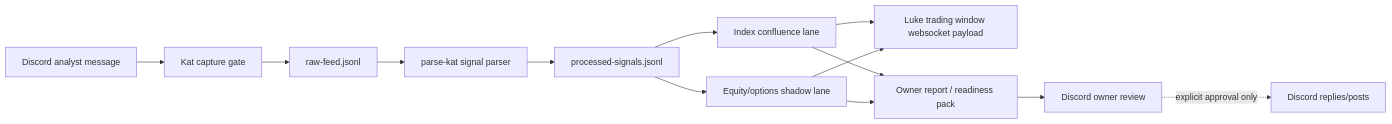
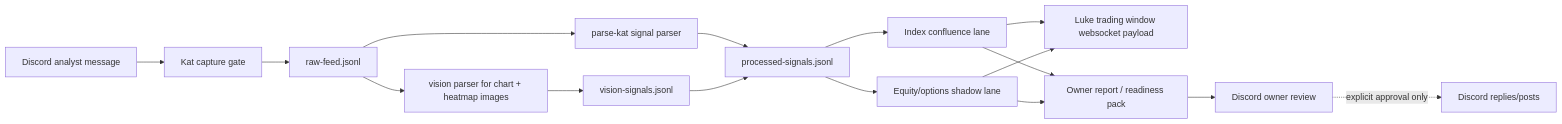
The first of 2 diagrams in reports/katbot-owner-proof/katbot-owner-report.md (madvillain006/The-Luke-Project), drawn with Mermaid before and after one commit. The commit also changed other lines of this file and 88 other files, not shown here.

````diff
--- a/reports/katbot-owner-proof/katbot-owner-report.md
+++ b/reports/katbot-owner-proof/katbot-owner-report.md
@@ -10,15 +10,18 @@
 ```mermaid
 flowchart LR
   A["Discord analyst message"] --> B["Kat capture gate"]
   B --> C["raw-feed.jsonl"]
   C --> D["parse-kat signal parser"]
   D --> E["processed-signals.jsonl"]
+  C --> V["vision parser for chart + heatmap images"]
+  V --> W["vision-signals.jsonl"]
+  W --> E
   E --> F["Index confluence lane"]
   E --> G["Equity/options shadow lane"]
   F --> H["Luke trading window websocket payload"]
   G --> H
   F --> I["Owner report / readiness pack"]
   G --> I
   I --> J["Discord owner review"]
   J -. "explicit approval only" .-> K["Discord replies/posts"]
 ```
````
